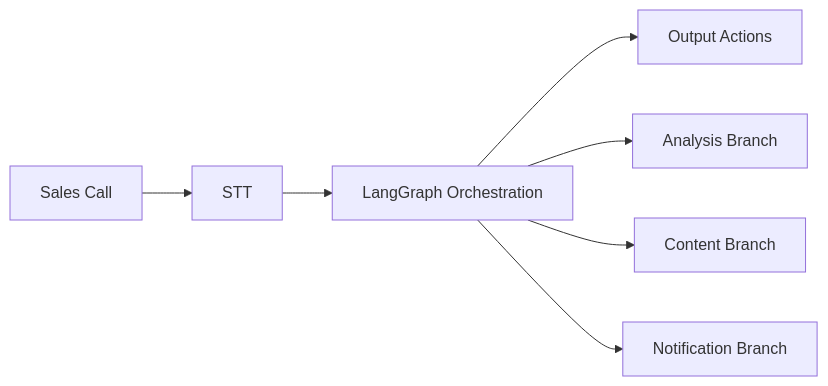
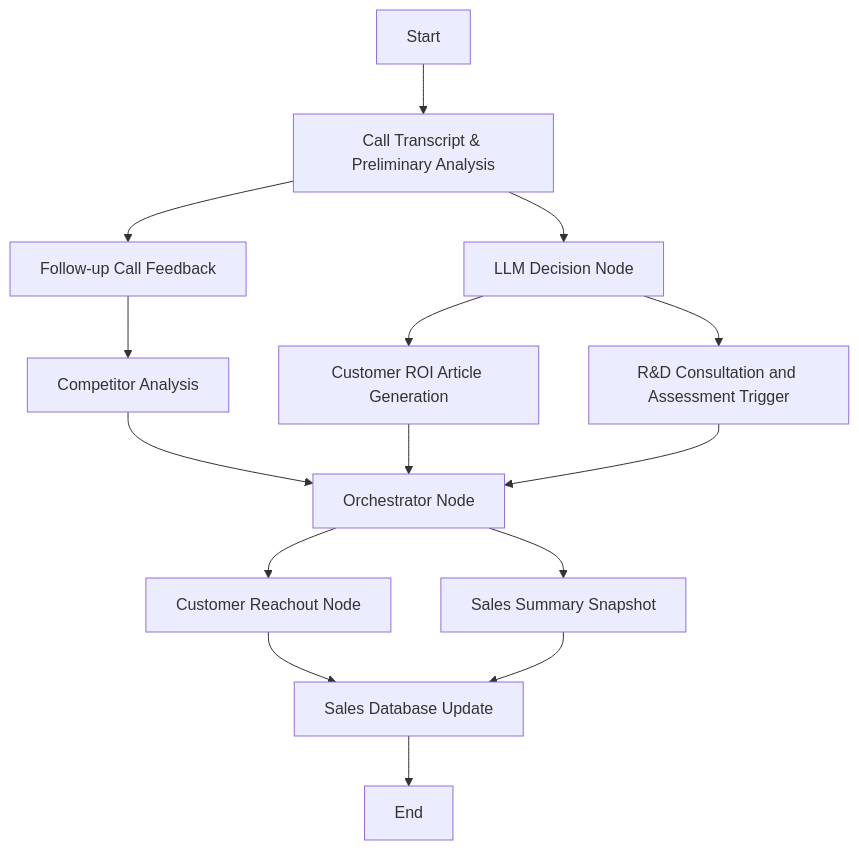
One commit to sandeepvsk10/B2B-Sales-Workflow-Optimizer-AI-Agent changed the diagram in README.md. Above: the diagram before and after it, drawn with Mermaid.

````diff
--- a/README.md
+++ b/README.md
@@ -23,9 +23,17 @@
 ```mermaid
-graph LR
-    A[Sales Call] --> B[STT]
-    B --> C[LangGraph Orchestration]
-    C --> D[Output Actions]
-    C --> E[Analysis Branch]
-    C --> F[Content Branch]
-    C --> G[Notification Branch]
+graph TD
+    A[Start] --> B[Call Transcript & Preliminary Analysis]
+    B --> C[Follow-up Call Feedback]
+    B --> D[LLM Decision Node]
+    C --> E[Competitor Analysis]
+    D --> F[Customer ROI Article Generation]
+    D --> G[R&D Consultation and Assessment Trigger]
+    E --> H[Orchestrator Node]
+    F --> H
+    G --> H
+    H --> I[Customer Reachout Node]
+    H --> J[Sales Summary Snapshot]
+    I --> K[Sales Database Update]
+    J --> K
+    K --> L[End]
 ```
````
